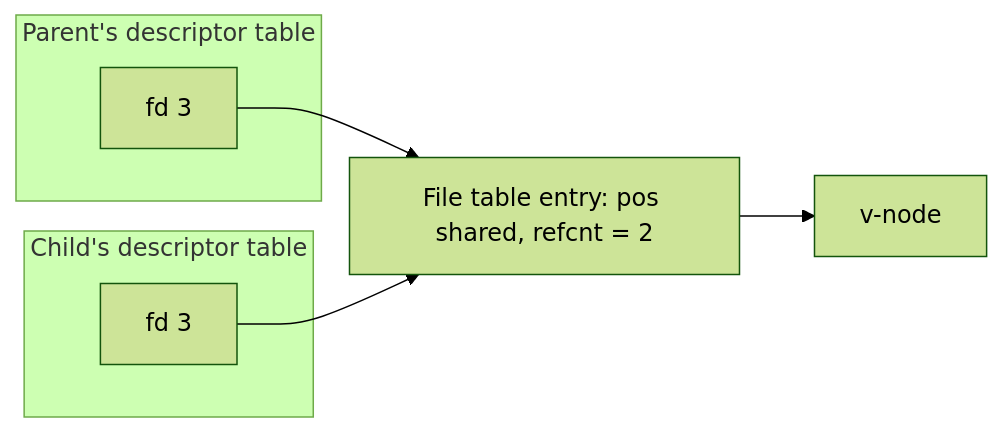
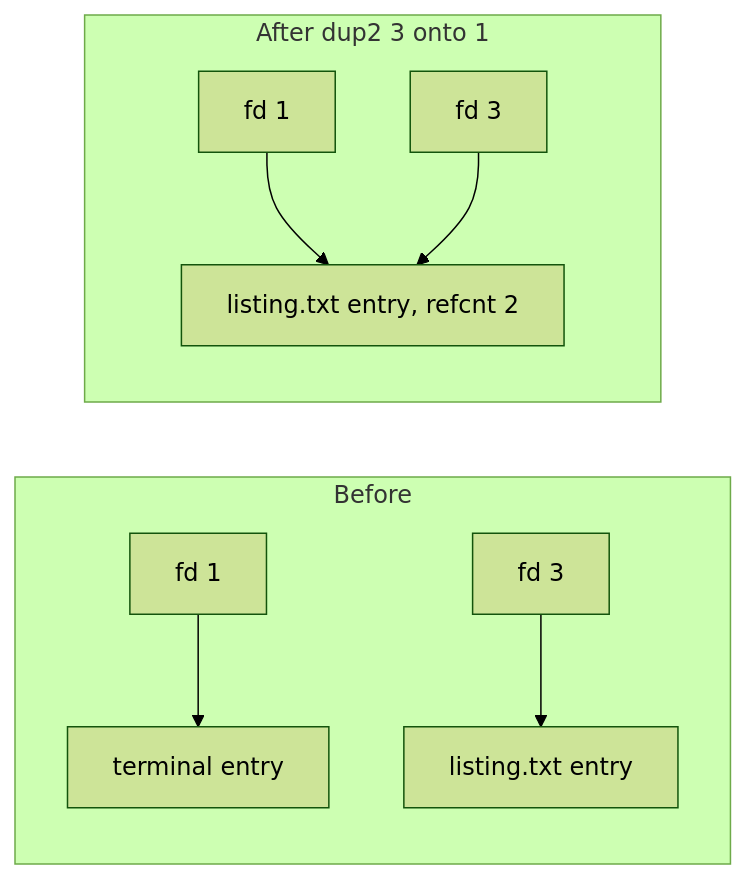
One commit to alvinnew100/grand-line-study-guide changed the third of 4 diagrams in src/csapp/lessons/28-file-sharing.md. Above: the diagram before and after it, drawn with Mermaid (forest theme). The commit also changed other lines of this file and 47 other files, not shown here.

````diff
--- a/src/csapp/lessons/28-file-sharing.md
+++ b/src/csapp/lessons/28-file-sharing.md
@@ -62,12 +193,11 @@
 ```mermaid
-graph LR
-  subgraph Parent["Parent's descriptor table"]
-    p3[fd 3]
-  end
-  subgraph Child["Child's descriptor table"]
-    c3[fd 3]
-  end
-  p3 --> A["File table entry: pos shared, refcnt = 2"]
-  c3 --> A
-  A --> V[v-node]
+flowchart LR
+    subgraph Before
+      b1[fd 1] --> T1[terminal entry]
+      b3[fd 3] --> F1[listing.txt entry]
+    end
+    subgraph After dup2 3 onto 1
+      a1[fd 1] --> F2[listing.txt entry, refcnt 2]
+      a3[fd 3] --> F2
+    end
 ```
````
